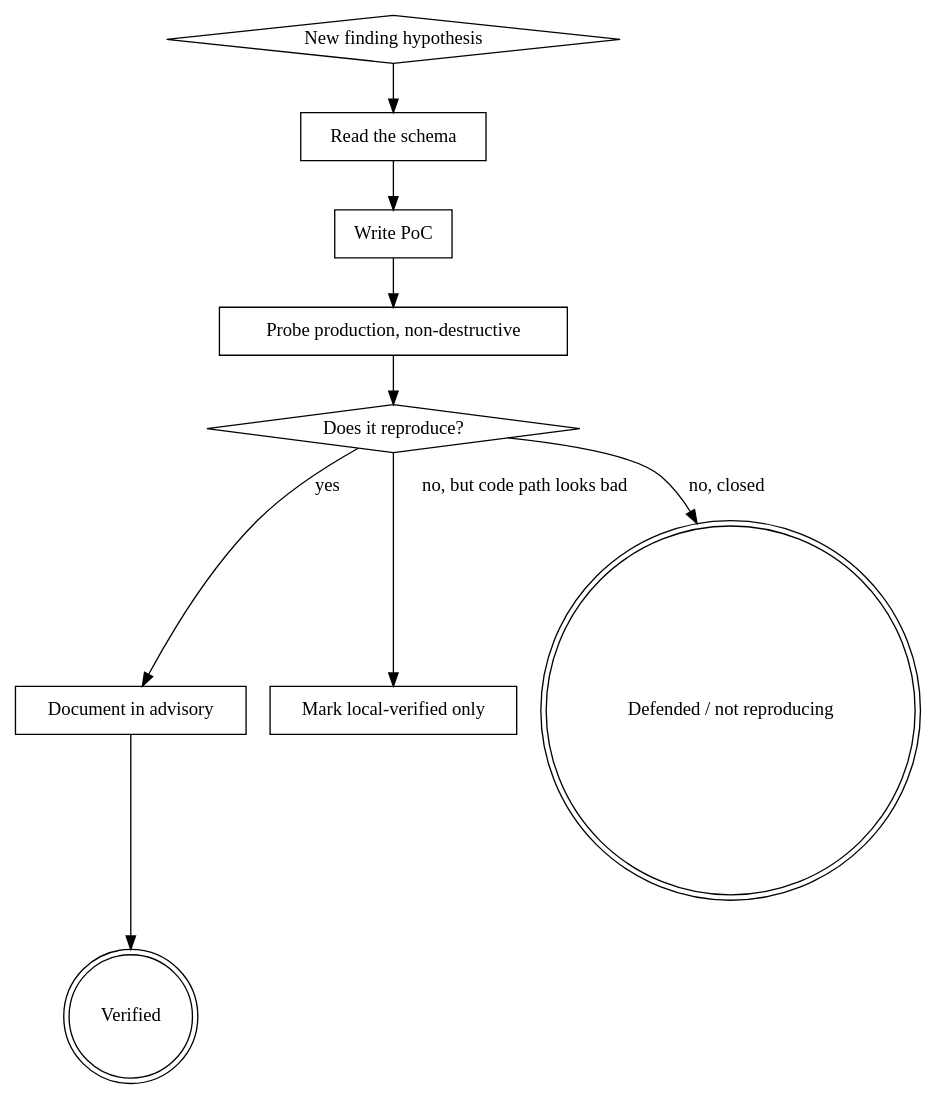
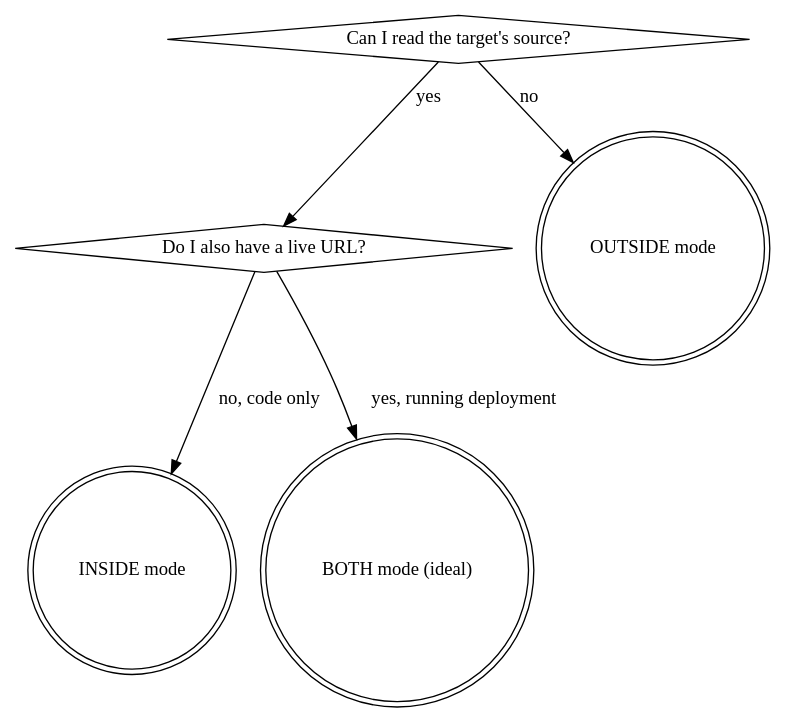
The diagram in SKILL.md (shaxbozaka/coordinated-disclosure), drawn with Graphviz before and after one commit. The commit also changed other lines of this file and 2 other files, not shown here.

````diff
--- a/SKILL.md
+++ b/SKILL.md
@@ -31,22 +14,14 @@
 ```dot
-digraph probe {
-  "New finding hypothesis" [shape=diamond];
-  "Read the schema" [shape=box];
-  "Write PoC" [shape=box];
-  "Probe production, non-destructive" [shape=box];
-  "Does it reproduce?" [shape=diamond];
-  "Document in advisory" [shape=box];
-  "Mark local-verified only" [shape=box];
-  "Defended / not reproducing" [shape=doublecircle];
-  "Verified" [shape=doublecircle];
+digraph context {
+    "Can I read the target's source?" [shape=diamond];
+    "Do I also have a live URL?" [shape=diamond];
+    "INSIDE mode" [shape=doublecircle];
+    "OUTSIDE mode" [shape=doublecircle];
+    "BOTH mode (ideal)" [shape=doublecircle];
 
-  "New finding hypothesis" -> "Read the schema";
-  "Read the schema" -> "Write PoC";
-  "Write PoC" -> "Probe production, non-destructive";
-  "Probe production, non-destructive" -> "Does it reproduce?";
-  "Does it reproduce?" -> "Document in advisory" [label=yes];
-  "Does it reproduce?" -> "Mark local-verified only" [label="no, but code path looks bad"];
-  "Does it reproduce?" -> "Defended / not reproducing" [label="no, closed"];
-  "Document in advisory" -> "Verified";
+    "Can I read the target's source?" -> "Do I also have a live URL?" [label=yes];
+    "Can I read the target's source?" -> "OUTSIDE mode" [label=no];
+    "Do I also have a live URL?" -> "BOTH mode (ideal)" [label="yes, running deployment"];
+    "Do I also have a live URL?" -> "INSIDE mode" [label="no, code only"];
 }
 ```
````
